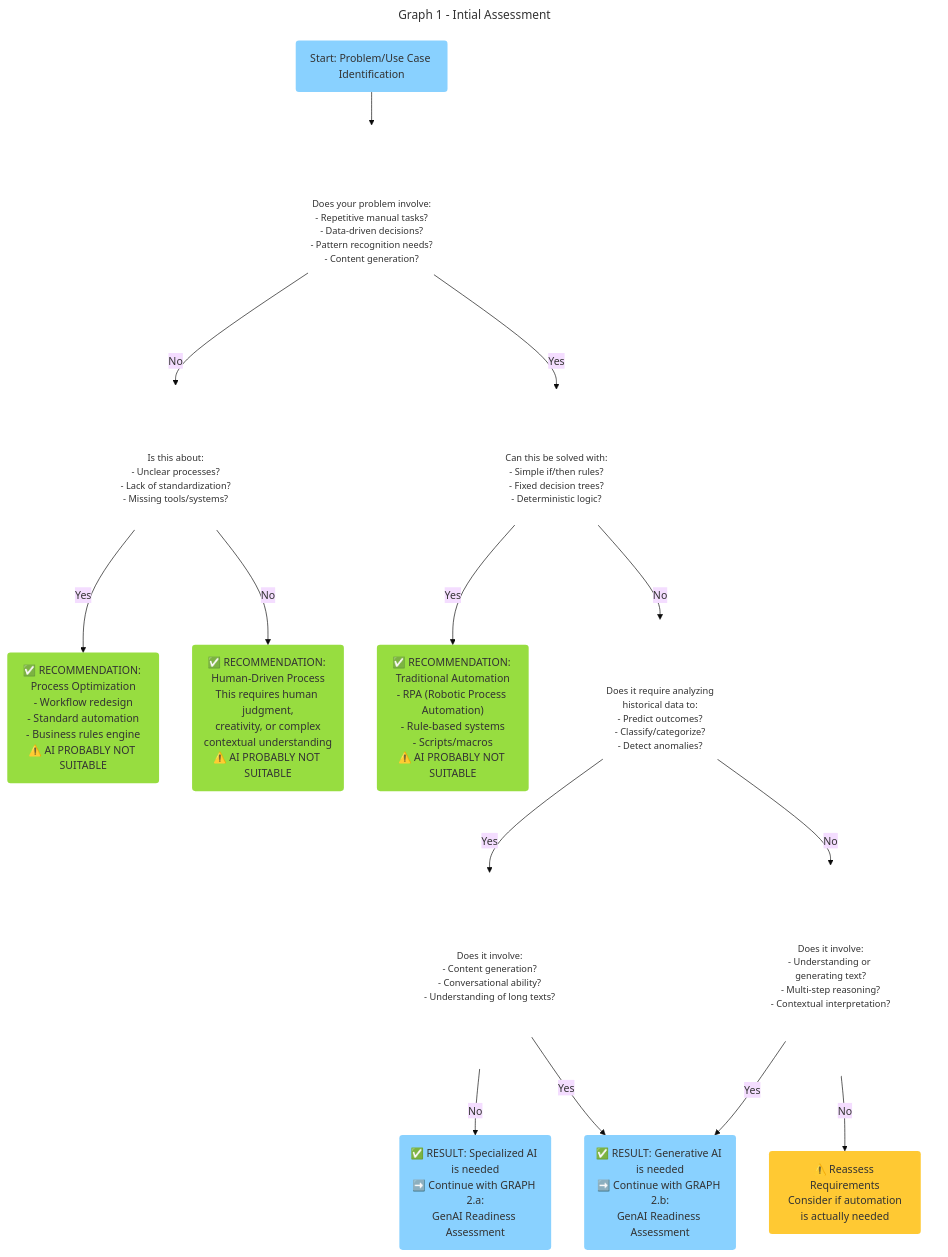
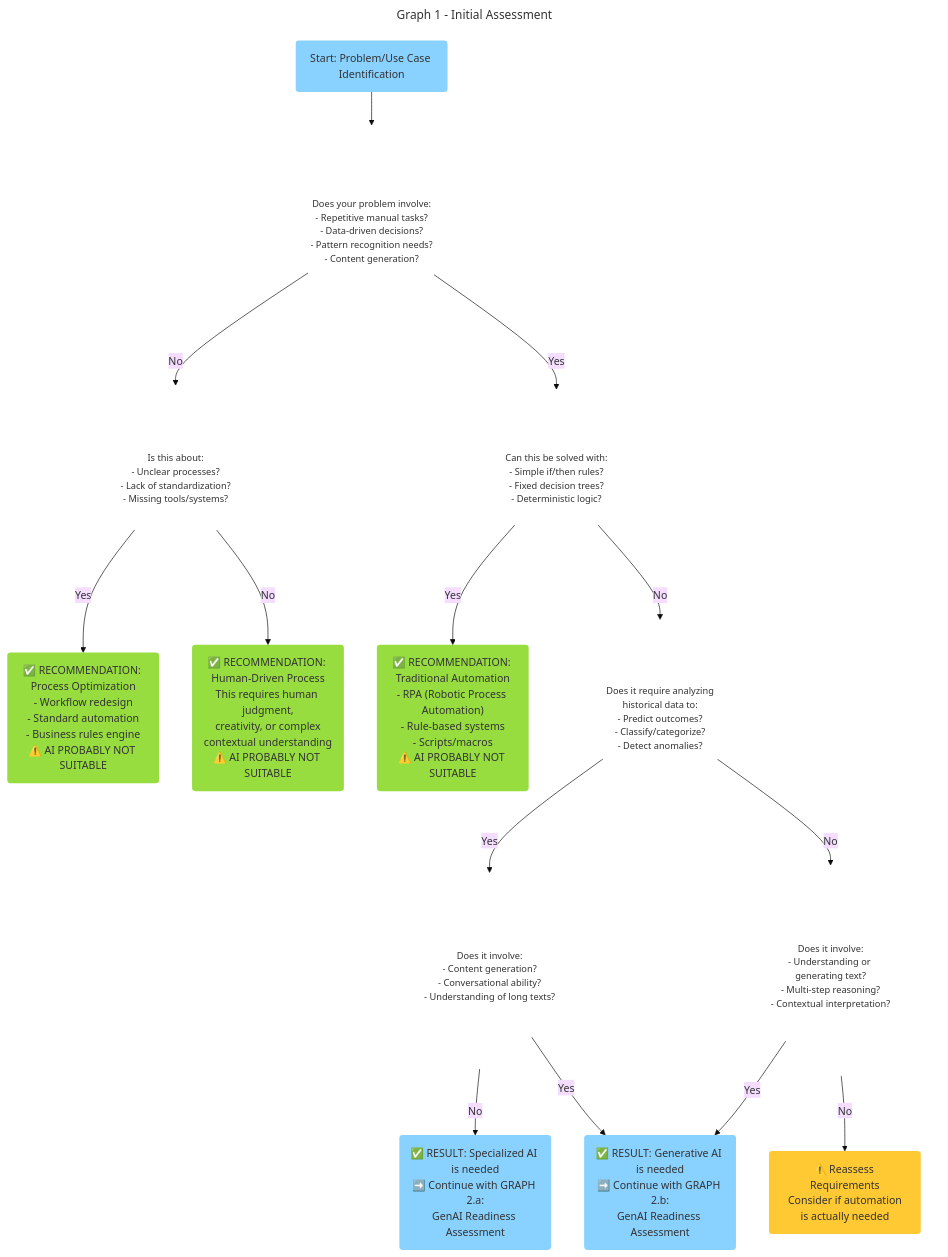
The first of 5 diagrams in docs/golden-path/ai-golden-path/1-technology-overview/readme.md (SAP/architecture-center), drawn with Mermaid (base theme) before and after one commit. The commit also changed other lines of this file and 7 other files, not shown here.

Commit message:
Fix Architecture Center publication checks

````diff
--- a/docs/golden-path/ai-golden-path/1-technology-overview/readme.md
+++ b/docs/golden-path/ai-golden-path/1-technology-overview/readme.md
@@ -180,56 +183,56 @@
 ```mermaid
 ---
-title: Graph 1 - Intial Assessment
+title: Graph 1 - Initial Assessment
 ---
 flowchart TD
     Start("Start: Problem/Use Case Identification")
 
     %% Initial Assessment Questions
     Start --> Q1{"Does your problem involve:<br>- Repetitive manual tasks?<br>- Data-driven decisions?<br>- Pattern recognition needs?<br>- Content generation?"}
 
     Q1 -->|No|Q2{"Is this about:<br>- Unclear processes?<br>- Lack of standardization?<br>- Missing tools/systems?"}
 
     Q2 -->|Yes|R1
     Q2 -->|No|R2
 
     Q1 -->|Yes|Q3{"Can this be solved with:<br>- Simple if/then rules?<br>- Fixed decision trees?<br>- Deterministic logic?"}
 
     Q3 -->|Yes|R3
     Q3 -->|No|Q4{"Does it require analyzing<br>historical data to:<br>- Predict outcomes?<br>- Classify/categorize?<br>- Detect anomalies?"}
 
     Q4 -->|Yes|Q5{"Does it involve:<br>- Content generation?<br>- Conversational ability?<br>- Understanding of long texts?<br>"}
 
     Q5 -->|No|R4
     Q4 -->|No|Q6{"Does it involve:<br>- Understanding or generating text?<br>- Multi-step reasoning?<br>- Contextual interpretation?"}
 
     Q5 -->|Yes|R5
     Q6 -->|Yes|R5
     Q6 -->|No|R6
 
     %% Results at bottom
     R1("✅ RECOMMENDATION: Process Optimization<br>- Workflow redesign<br>- Standard automation<br>- Business rules engine<br>⚠️ AI PROBABLY NOT SUITABLE")
 
     R2("✅ RECOMMENDATION: Human-Driven Process<br>This requires human judgment,<br>creativity, or complex<br>contextual understanding<br>⚠️ AI PROBABLY NOT SUITABLE")
 
     R3("✅ RECOMMENDATION: Traditional Automation<br>- RPA (Robotic Process Automation)<br>- Rule-based systems<br>- Scripts/macros<br>⚠️ AI PROBABLY NOT SUITABLE")
 
     R4("✅ RESULT: Specialized AI is needed<br>➡️ Continue with GRAPH 2.a:<br>GenAI Readiness Assessment")
 
     R5("✅ RESULT: Generative AI is needed<br>➡️ Continue with GRAPH 2.b:<br>GenAI Readiness Assessment")
 
     R6("⚠️️ Reassess Requirements<br>Consider if automation<br>is actually needed")
 
     %% Styling
     classDef decision fill:#FFF,stroke:#757575,stroke-width:0px,font-size:14
     classDef warning fill:#FFC933,stroke:#f44336,stroke-width:0px
     classDef indicator fill:#B894FF,stroke:#d84315,stroke-width:0px,stroke-dasharray: 3 3
     classDef continueNext fill:#89D1FF,stroke:#0288d1,stroke-width:0px
     classDef startNode fill:#89D1FF,stroke:#0070F2,stroke-width:0px
     classDef recommendation fill:#97DD40,stroke:#0070F2,stroke-width:0px
 
     class Start startNode
     class R1,R2,R3 recommendation
     class R4,R5 continueNext
     class R6 warning
     class Q1,Q2,Q3,Q4,Q5,Q6 decision
 ```
````
